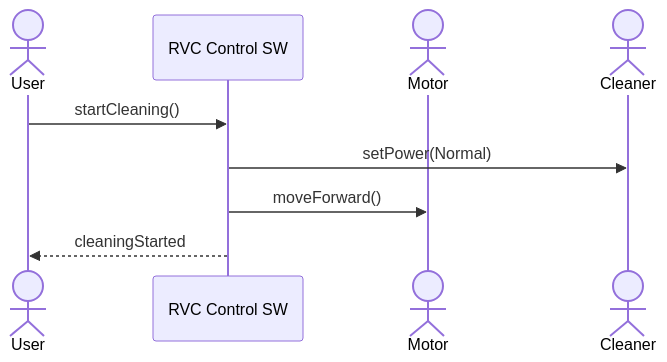
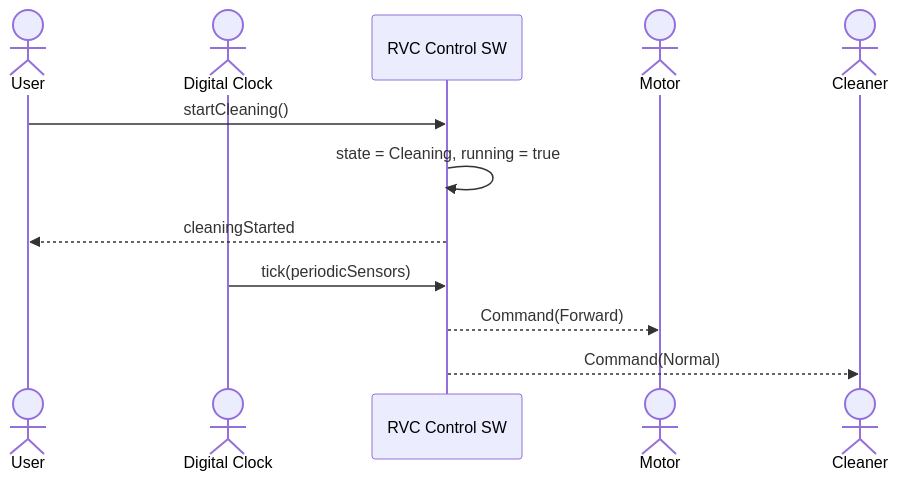
The first of 6 diagrams in docs/ooa_ssd.md (reload02/ooad-vibe), drawn with Mermaid before and after one commit. The commit also changed other lines of this file and 8 other files, not shown here.

````diff
--- a/docs/ooa_ssd.md
+++ b/docs/ooa_ssd.md
@@ -9,12 +9,15 @@
 ```mermaid
 sequenceDiagram
     actor User
+    actor Clock as Digital Clock
     participant System as RVC Control SW
     actor Motor
     actor Cleaner
 
     User->>System: startCleaning()
-    System->>Cleaner: setPower(Normal)
-    System->>Motor: moveForward()
+    System->>System: state = Cleaning, running = true
     System-->>User: cleaningStarted
+    Clock->>System: tick(periodicSensors)
+    System-->>Motor: Command(Forward)
+    System-->>Cleaner: Command(Normal)
 ```
````
